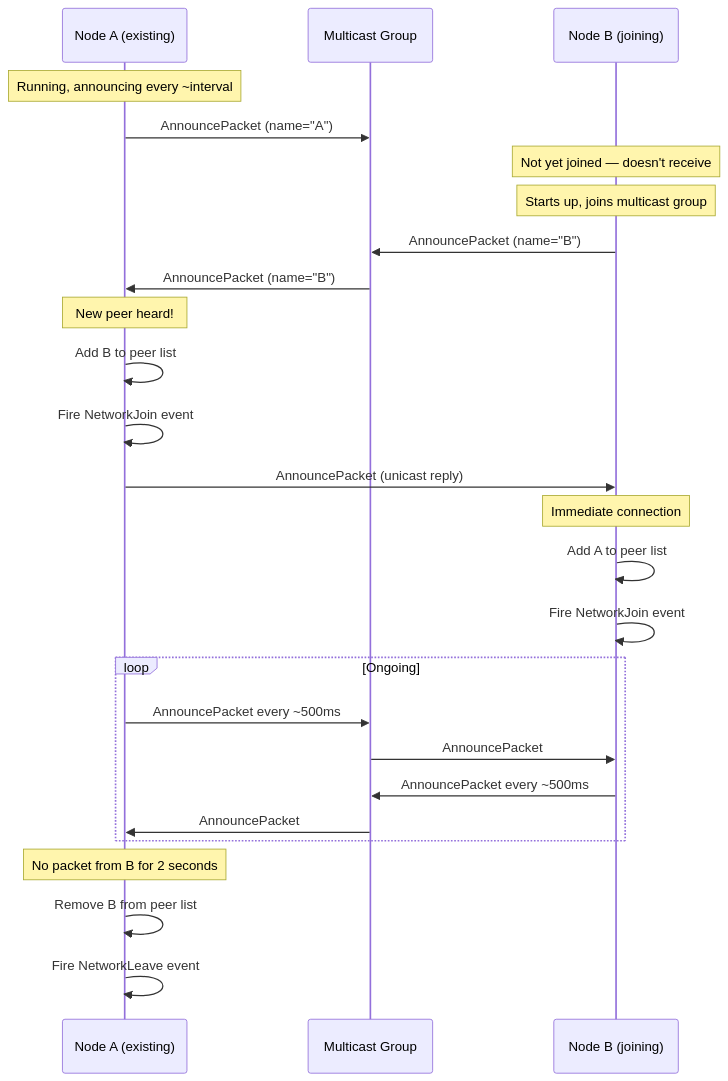
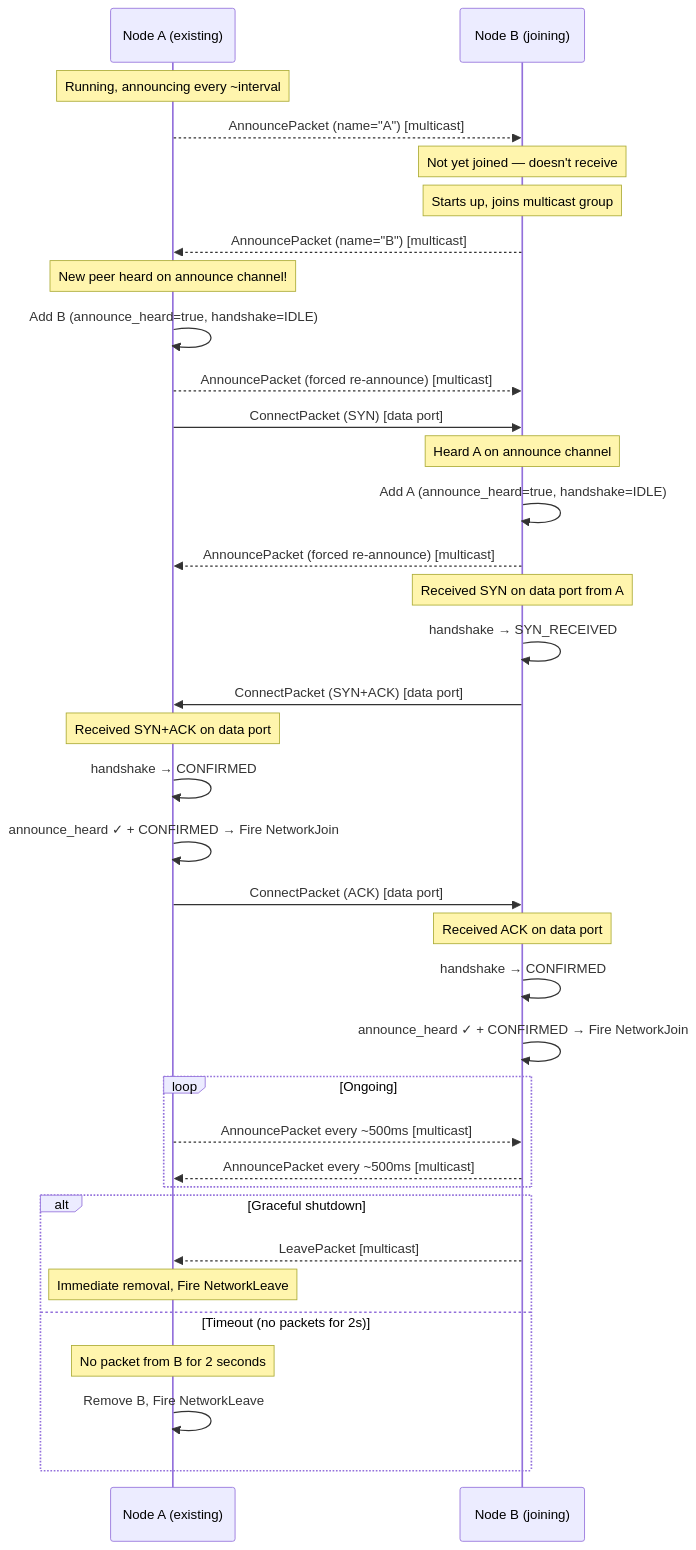
Before and after one commit to Fastcode/NUClear: the third of 18 diagrams in docs/explanation/nuclearnet.md, drawn with Mermaid. The commit also changed other lines of this file and 7 other files, not shown here.

First line of the commit message:
Implement two-flag connection model and multicast broadcast

````diff
--- a/docs/explanation/nuclearnet.md
+++ b/docs/explanation/nuclearnet.md
@@ -97,34 +97,47 @@
 ```mermaid
 sequenceDiagram
     participant A as Node A (existing)
-    participant M as Multicast Group
     participant B as Node B (joining)
 
     Note over A: Running, announcing every ~interval
-    A->>M: AnnouncePacket (name="A")
+    A-->>B: AnnouncePacket (name="A") [multicast]
     Note over B: Not yet joined — doesn't receive
 
     Note over B: Starts up, joins multicast group
-    B->>M: AnnouncePacket (name="B")
-    M->>A: AnnouncePacket (name="B")
+    B-->>A: AnnouncePacket (name="B") [multicast]
 
-    Note over A: New peer heard!
-    A->>A: Add B to peer list
-    A->>A: Fire NetworkJoin event
-    A->>B: AnnouncePacket (unicast reply)
+    Note over A: New peer heard on announce channel!
+    A->>A: Add B (announce_heard=true, handshake=IDLE)
+    A-->>B: AnnouncePacket (forced re-announce) [multicast]
+    A->>B: ConnectPacket (SYN) [data port]
 
-    Note over B: Immediate connection
-    B->>B: Add A to peer list
-    B->>B: Fire NetworkJoin event
+    Note over B: Heard A on announce channel
+    B->>B: Add A (announce_heard=true, handshake=IDLE)
+    B-->>A: AnnouncePacket (forced re-announce) [multicast]
+
+    Note over B: Received SYN on data port from A
+    B->>B: handshake → SYN_RECEIVED
+    B->>A: ConnectPacket (SYN+ACK) [data port]
+
+    Note over A: Received SYN+ACK on data port
+    A->>A: handshake → CONFIRMED
+    A->>A: announce_heard ✓ + CONFIRMED → Fire NetworkJoin
+    A->>B: ConnectPacket (ACK) [data port]
+
+    Note over B: Received ACK on data port
+    B->>B: handshake → CONFIRMED
+    B->>B: announce_heard ✓ + CONFIRMED → Fire NetworkJoin
 
     loop Ongoing
-        A->>M: AnnouncePacket every ~500ms
-        M->>B: AnnouncePacket
-        B->>M: AnnouncePacket every ~500ms
-        M->>A: AnnouncePacket
+        A-->>B: AnnouncePacket every ~500ms [multicast]
+        B-->>A: AnnouncePacket every ~500ms [multicast]
     end
 
-    Note over A: No packet from B for 2 seconds
-    A->>A: Remove B from peer list
-    A->>A: Fire NetworkLeave event
+    alt Graceful shutdown
+        B-->>A: LeavePacket [multicast]
+        Note over A: Immediate removal, Fire NetworkLeave
+    else Timeout (no packets for 2s)
+        Note over A: No packet from B for 2 seconds
+        A->>A: Remove B, Fire NetworkLeave
+    end
 ```
````
